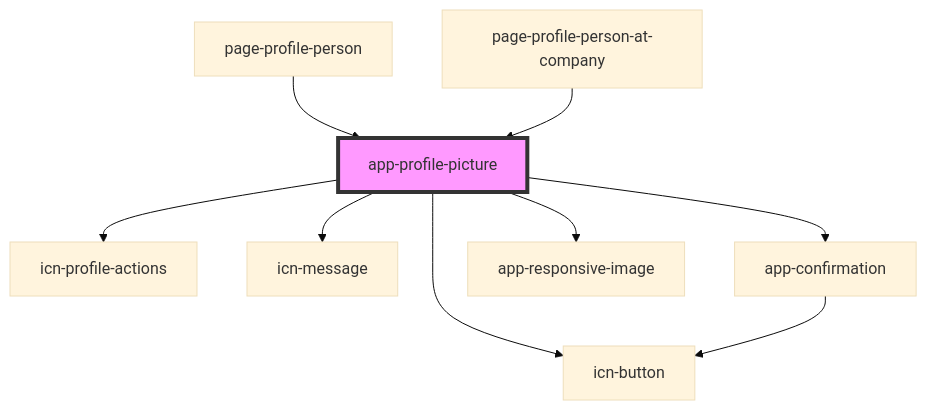
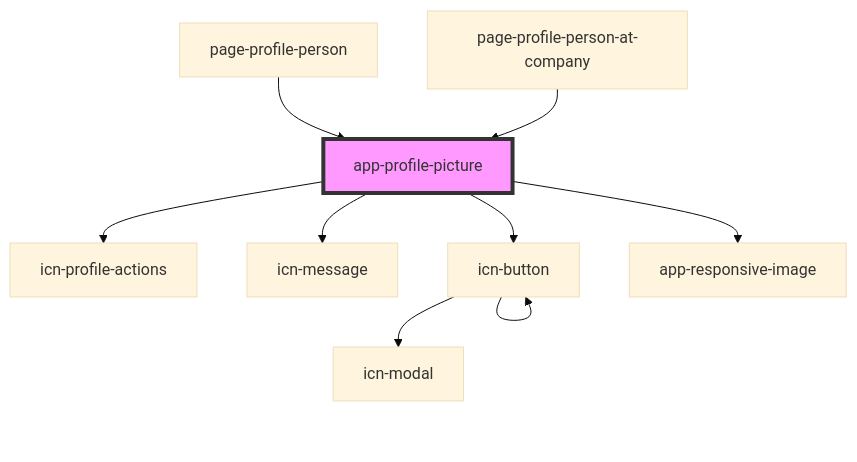
The diagram in iconeventnetwork-web/src/components/app-profile-picture/readme.md (lokheed/IconEventNetwork.Web), drawn with Mermaid (base theme) before and after one commit. The commit also changed other lines of this file and 38 other files, not shown here.

First line of the commit message:
Implemented icn-modal

````diff
--- a/iconeventnetwork-web/src/components/app-profile-picture/readme.md
+++ b/iconeventnetwork-web/src/components/app-profile-picture/readme.md
@@ -32,12 +31,12 @@
 ```mermaid
 graph TD;
   app-profile-picture --> icn-profile-actions
   app-profile-picture --> icn-message
   app-profile-picture --> icn-button
-  app-profile-picture --> app-confirmation
   app-profile-picture --> app-responsive-image
-  app-confirmation --> icn-button
+  icn-button --> icn-modal
+  icn-button --> icn-button
   page-profile-person --> app-profile-picture
   page-profile-person-at-company --> app-profile-picture
   style app-profile-picture fill:#f9f,stroke:#333,stroke-width:4px
 ```
````
